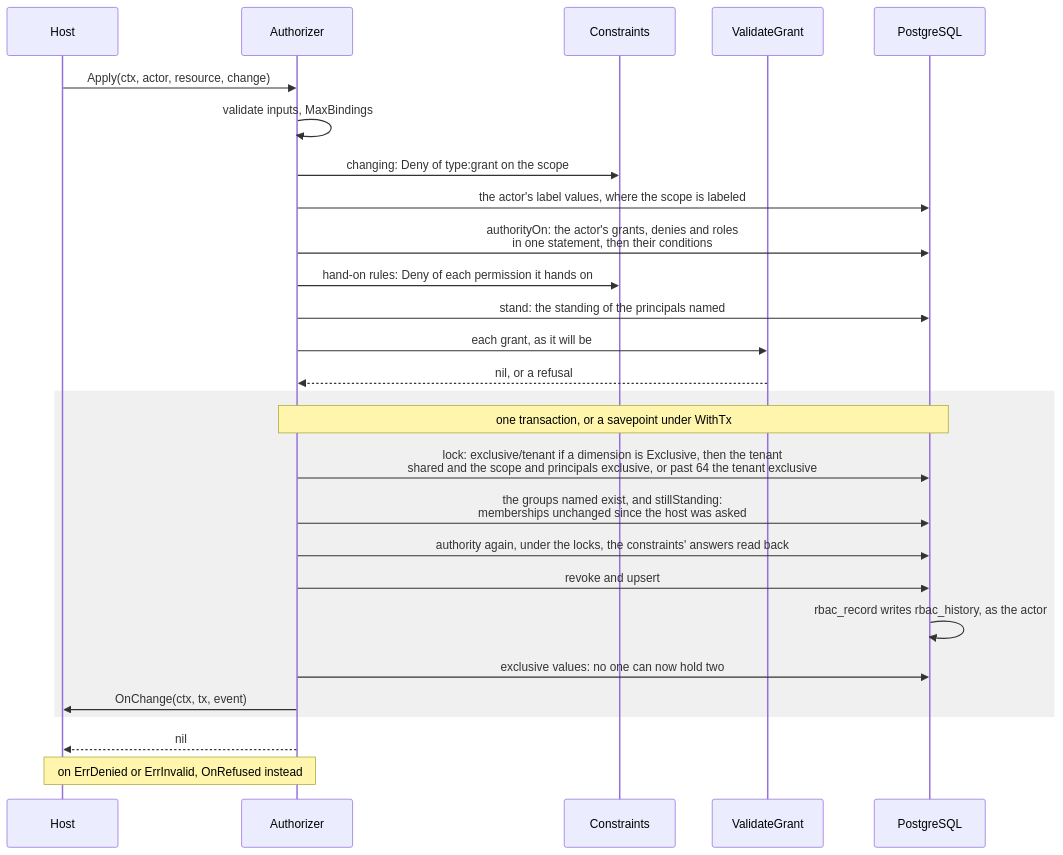
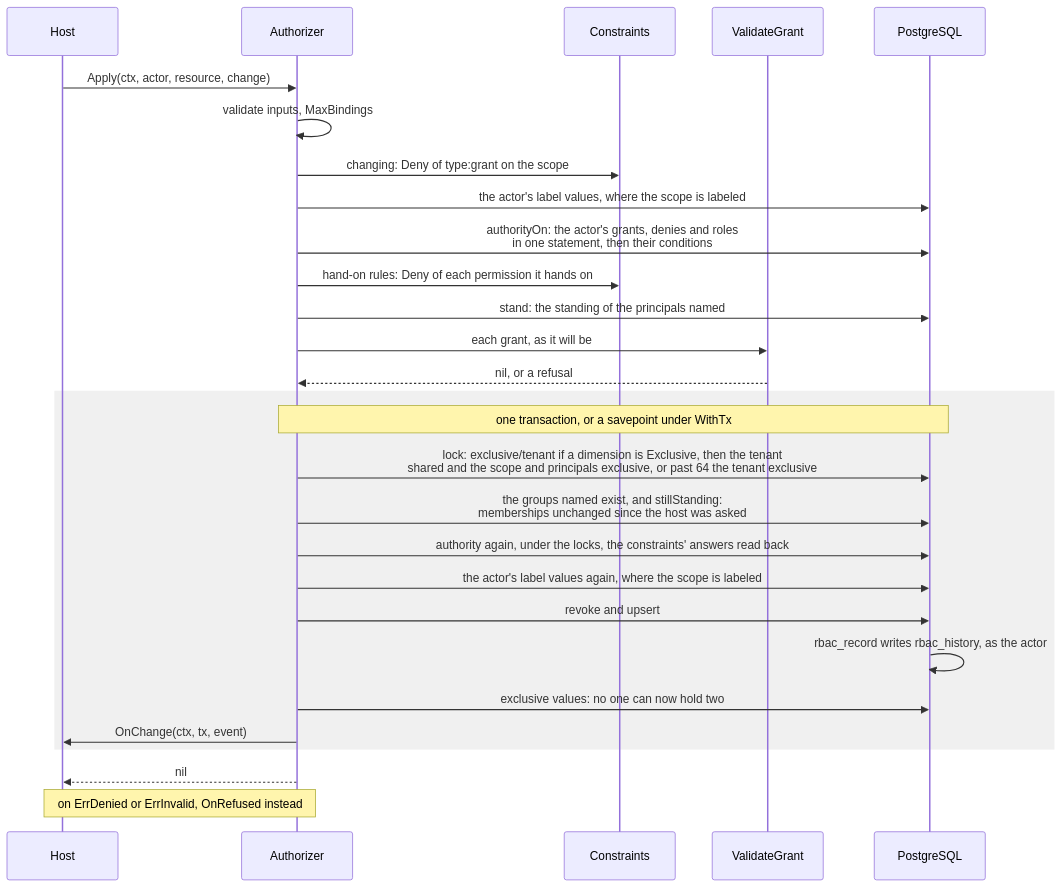
The eighth of 13 diagrams in docs/architecture.md (parallelworks/rbac), drawn with Mermaid before and after one commit. The commit also changed other lines of this file and 14 other files, not shown here.

````diff
--- a/docs/architecture.md
+++ b/docs/architecture.md
@@ -354,29 +354,30 @@
 ```mermaid
 sequenceDiagram
     participant H as Host
     participant A as Authorizer
     participant C as Constraints
     participant V as ValidateGrant
     participant DB as PostgreSQL
     H->>A: Apply(ctx, actor, resource, change)
     A->>A: validate inputs, MaxBindings
     A->>C: changing: Deny of type:grant on the scope
     A->>DB: the actor's label values, where the scope is labeled
     A->>DB: authorityOn: the actor's grants, denies and roles<br/>in one statement, then their conditions
     A->>C: hand-on rules: Deny of each permission it hands on
     A->>DB: stand: the standing of the principals named
     A->>V: each grant, as it will be
     V-->>A: nil, or a refusal
     rect rgb(240, 240, 240)
     note over A,DB: one transaction, or a savepoint under WithTx
     A->>DB: lock: exclusive/tenant if a dimension is Exclusive, then the tenant<br/>shared and the scope and principals exclusive, or past 64 the tenant exclusive
     A->>DB: the groups named exist, and stillStanding:<br/>memberships unchanged since the host was asked
     A->>DB: authority again, under the locks, the constraints' answers read back
+    A->>DB: the actor's label values again, where the scope is labeled
     A->>DB: revoke and upsert
     DB->>DB: rbac_record writes rbac_history, as the actor
     A->>DB: exclusive values: no one can now hold two
     A->>H: OnChange(ctx, tx, event)
     end
     A-->>H: nil
     note over A,H: on ErrDenied or ErrInvalid, OnRefused instead
 ```
````
